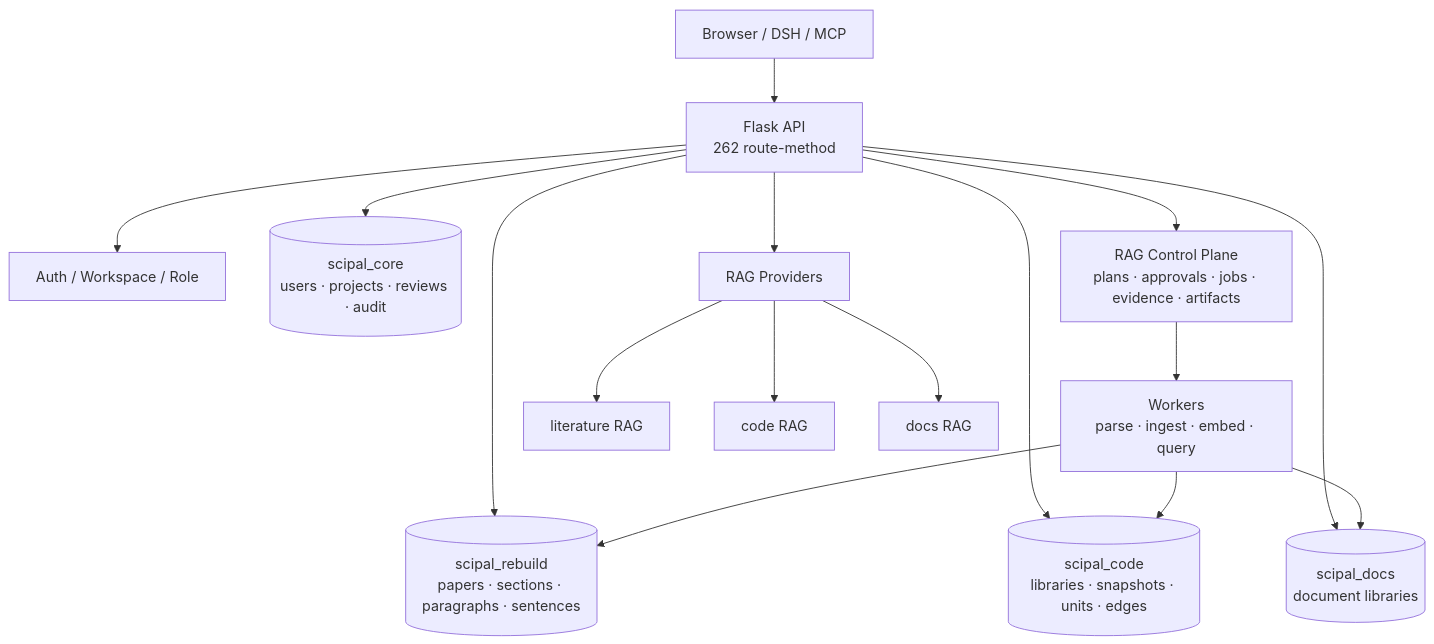
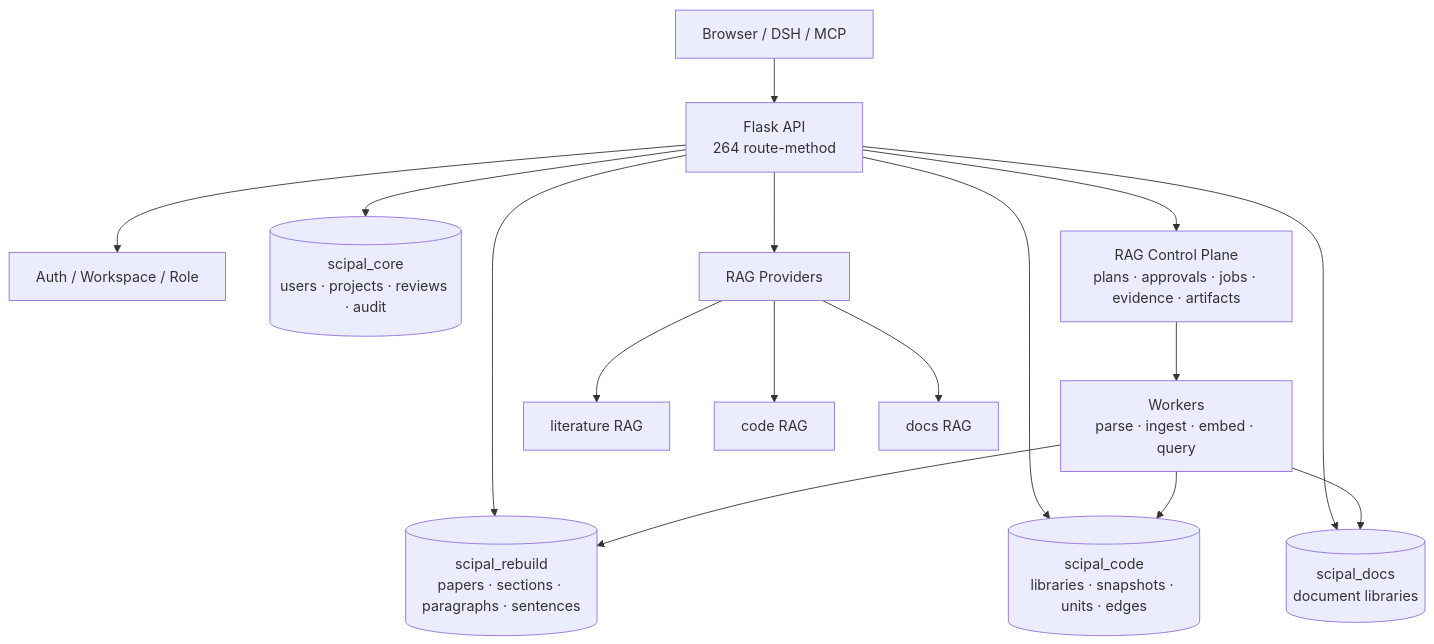
One commit to williamchen520/sci-pal changed the first of 2 diagrams in README.md. Above: the diagram before and after it, drawn with Mermaid. The commit also changed other lines of this file and 12 other files, not shown here.

````diff
--- a/README.md
+++ b/README.md
@@ -77,20 +77,20 @@
 ```mermaid
 flowchart TB
-    U["Browser / DSH / MCP"] --> API["Flask API<br/>262 route-method"]
+    U["Browser / DSH / MCP"] --> API["Flask API<br/>264 route-method"]
     API --> AUTH["Auth / Workspace / Role"]
     API --> CORE[("scipal_core<br/>users · projects · reviews · audit")]
     API --> CORPUS[("scipal_rebuild<br/>papers · sections · paragraphs · sentences")]
     API --> CODE[("scipal_code<br/>libraries · snapshots · units · edges")]
     API --> DOCS[("scipal_docs<br/>document libraries")]
 
     API --> CP["RAG Control Plane<br/>plans · approvals · jobs · evidence · artifacts"]
     CP --> WORKER["Workers<br/>parse · ingest · embed · query"]
     WORKER --> CORPUS
     WORKER --> CODE
     WORKER --> DOCS
 
     API --> PROV["RAG Providers"]
     PROV --> LIT["literature RAG"]
     PROV --> CRAG["code RAG"]
     PROV --> DRAG["docs RAG"]
 ```
````
